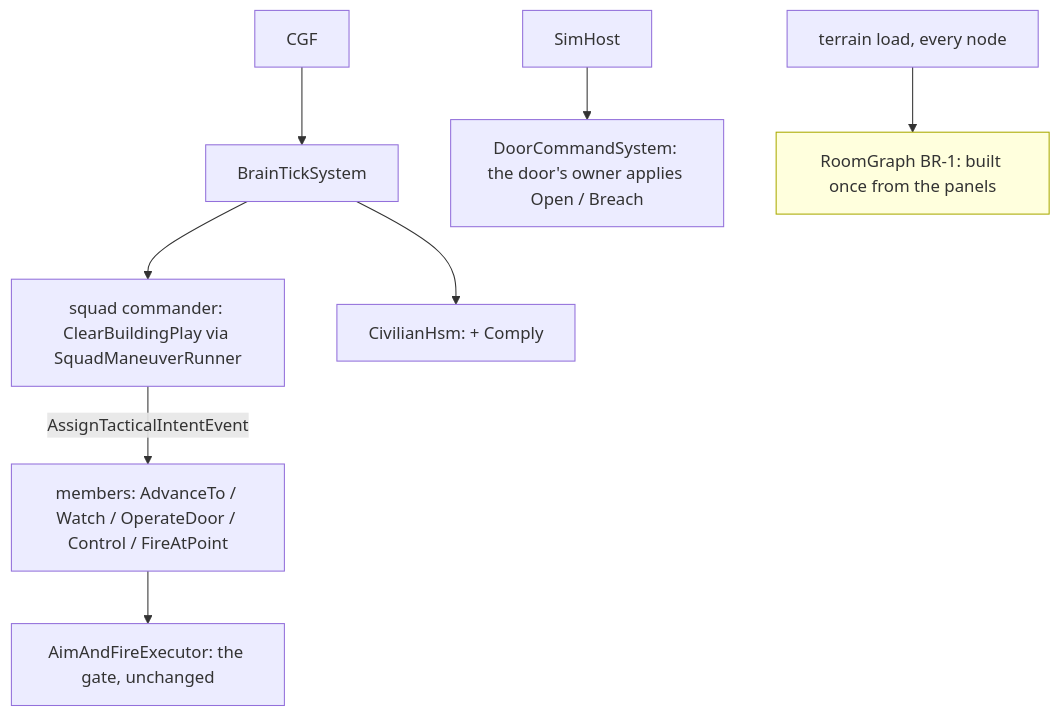
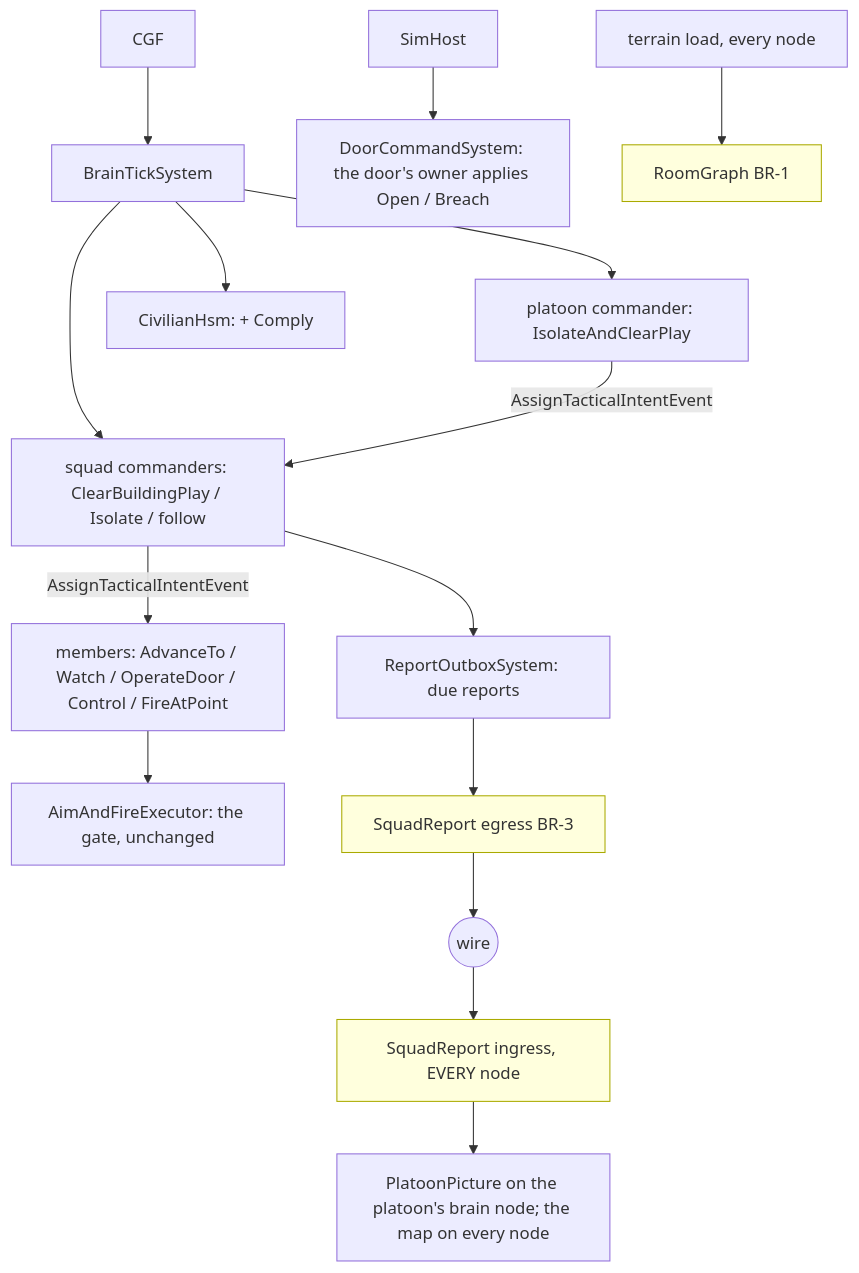
The fourth of 4 diagrams in docs/designs/group-maneuvers/DESIGN_Building_Clearing.md (pjanec/HROT), drawn with Mermaid before and after one commit. The commit also changed other lines of this file and 3 other files, not shown here.

First line of the commit message:
docs(behaviors): building clearing approved — platoon frame, networked reports (R-2030, R-2031)

````diff
--- a/docs/designs/group-maneuvers/DESIGN_Building_Clearing.md
+++ b/docs/designs/group-maneuvers/DESIGN_Building_Clearing.md
@@ -145,12 +174,21 @@
 ```mermaid
 graph TD
   CGF[CGF] --> BT[BrainTickSystem]
-  BT --> CMD[squad commander: ClearBuildingPlay via SquadManeuverRunner]
-  CMD -->|AssignTacticalIntentEvent| MEM[members: AdvanceTo / Watch / OperateDoor / Control / FireAtPoint]
+  BT --> PLT[platoon commander: IsolateAndClearPlay]
+  BT --> SQD[squad commanders: ClearBuildingPlay / Isolate / follow]
+  PLT -->|AssignTacticalIntentEvent| SQD
+  SQD -->|AssignTacticalIntentEvent| MEM[members: AdvanceTo / Watch / OperateDoor / Control / FireAtPoint]
   MEM --> AF[AimAndFireExecutor: the gate, unchanged]
+  SQD --> OUT[ReportOutboxSystem: due reports]
+  OUT --> EG[SquadReport egress BR-3]
+  EG --> WIRE((wire))
+  WIRE --> IN[SquadReport ingress, EVERY node]
+  IN --> PIC[PlatoonPicture on the platoon's brain node; the map on every node]
   BT --> CIV[CivilianHsm: + Comply]
   SH[SimHost] --> DOOR[DoorCommandSystem: the door's owner applies Open / Breach]
-  LOAD[terrain load, every node] --> RG[RoomGraph BR-1: built once from the panels]
+  LOAD[terrain load, every node] --> RG[RoomGraph BR-1]
   classDef gap fill:#ffd,stroke:#aa0
   RG:::gap
+  EG:::gap
+  IN:::gap
 ```
````
